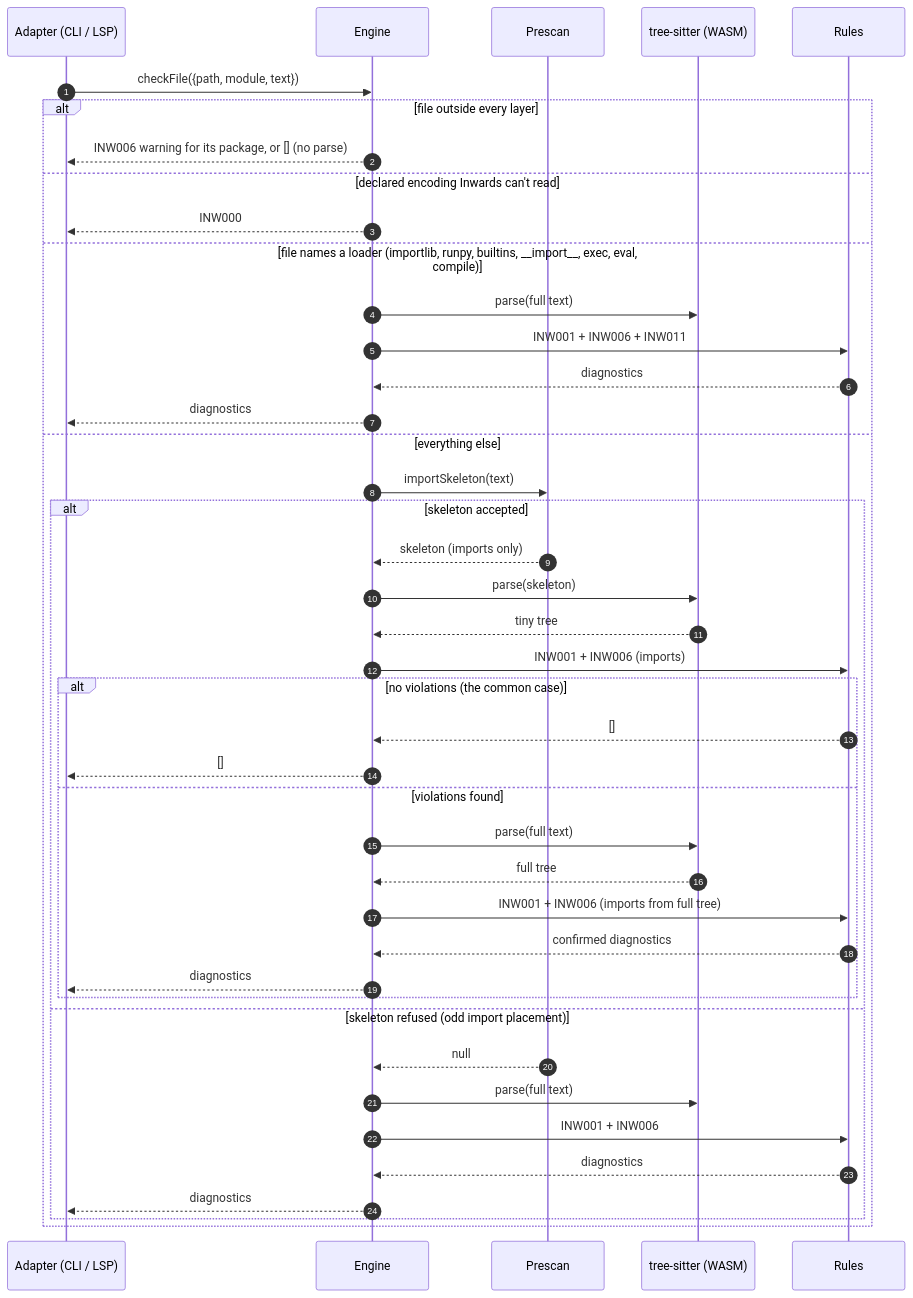
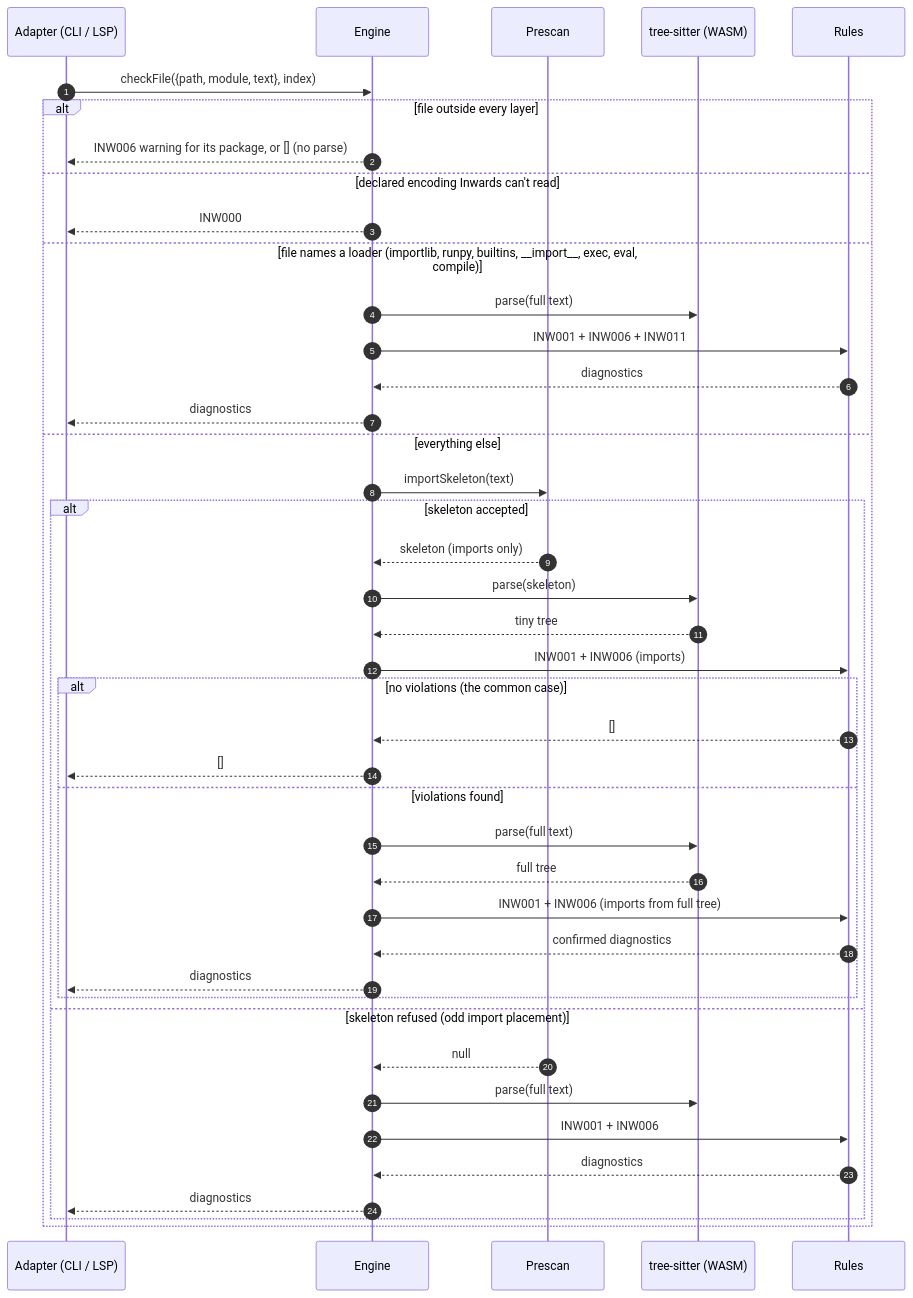
The fourth of 6 diagrams in docs/chapters/03-Architecture-C4.md (SirCypkowskyy/inwards), drawn with Mermaid before and after one commit. The commit also changed other lines of this file and 15 other files, not shown here.

First line of the commit message:
feat(core): make the module index the engine's project input

````diff
--- a/docs/chapters/03-Architecture-C4.md
+++ b/docs/chapters/03-Architecture-C4.md
@@ -145,45 +147,45 @@
 ```mermaid
 sequenceDiagram
     autonumber
     participant A as Adapter (CLI / LSP)
     participant E as Engine
     participant P as Prescan
     participant T as tree-sitter (WASM)
     participant R as Rules
 
-    A->>E: checkFile({path, module, text})
+    A->>E: checkFile({path, module, text}, index)
     alt file outside every layer
         E-->>A: INW006 warning for its package, or [] (no parse)
     else declared encoding Inwards can't read
         E-->>A: INW000
     else file names a loader (importlib, runpy, builtins, __import__, exec, eval, compile)
         E->>T: parse(full text)
         E->>R: INW001 + INW006 + INW011
         R-->>E: diagnostics
         E-->>A: diagnostics
     else everything else
         E->>P: importSkeleton(text)
         alt skeleton accepted
             P-->>E: skeleton (imports only)
             E->>T: parse(skeleton)
             T-->>E: tiny tree
             E->>R: INW001 + INW006 (imports)
             alt no violations (the common case)
                 R-->>E: []
                 E-->>A: []
             else violations found
                 E->>T: parse(full text)
                 T-->>E: full tree
                 E->>R: INW001 + INW006 (imports from full tree)
                 R-->>E: confirmed diagnostics
                 E-->>A: diagnostics
             end
         else skeleton refused (odd import placement)
             P-->>E: null
             E->>T: parse(full text)
             E->>R: INW001 + INW006
             R-->>E: diagnostics
             E-->>A: diagnostics
         end
     end
 ```
````
